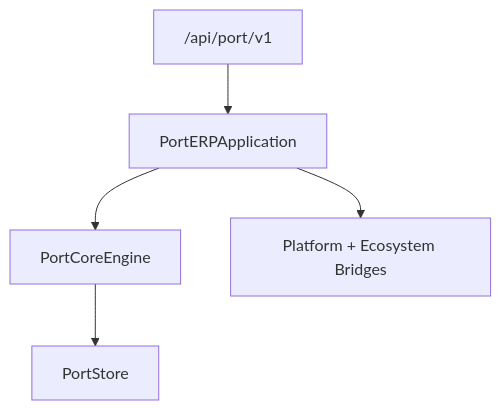
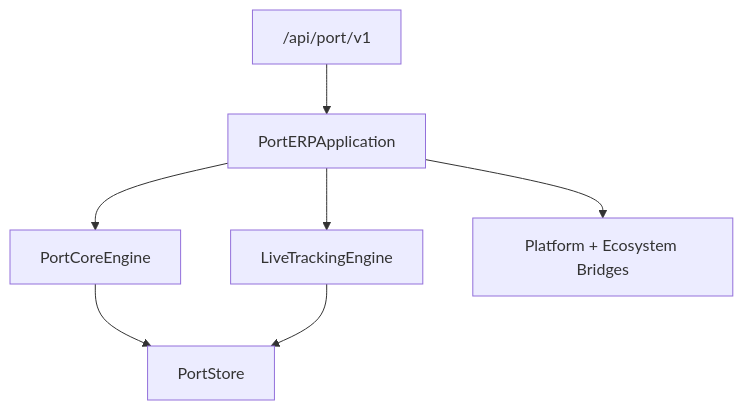
The diagram in docs/PORT_ERP.md (okeysiri11/telegram-ai-crm-bot), drawn with Mermaid before and after one commit. The commit also changed other lines of this file and 32 other files, not shown here.

````diff
--- a/docs/PORT_ERP.md
+++ b/docs/PORT_ERP.md
@@ -17,13 +18,16 @@
 ```mermaid
 flowchart TB
     API["/api/port/v1"]
     App[PortERPApplication]
     Core[PortCoreEngine]
+    Track[LiveTrackingEngine]
     Bridges[Platform + Ecosystem Bridges]
     Store[PortStore]
 
     API --> App
     App --> Core
+    App --> Track
     Core --> Store
+    Track --> Store
     App --> Bridges
 ```
````
